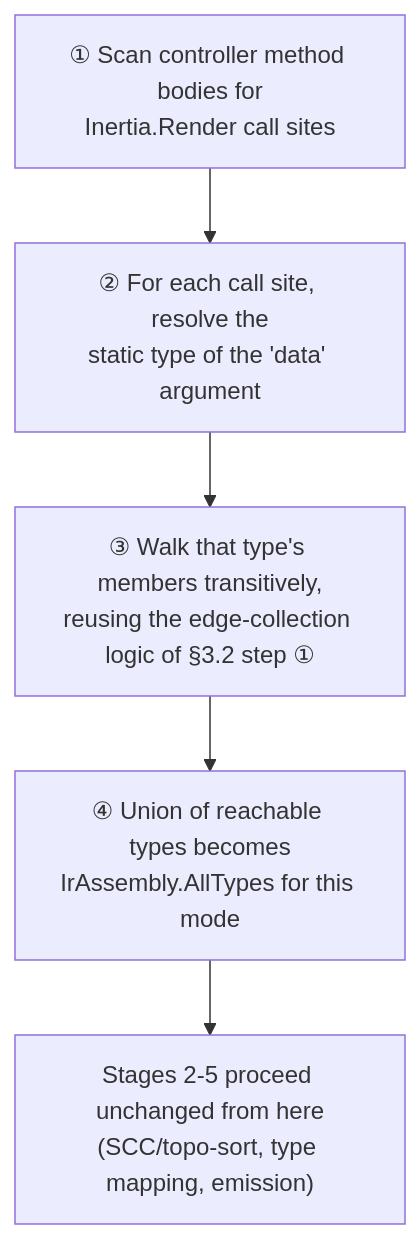
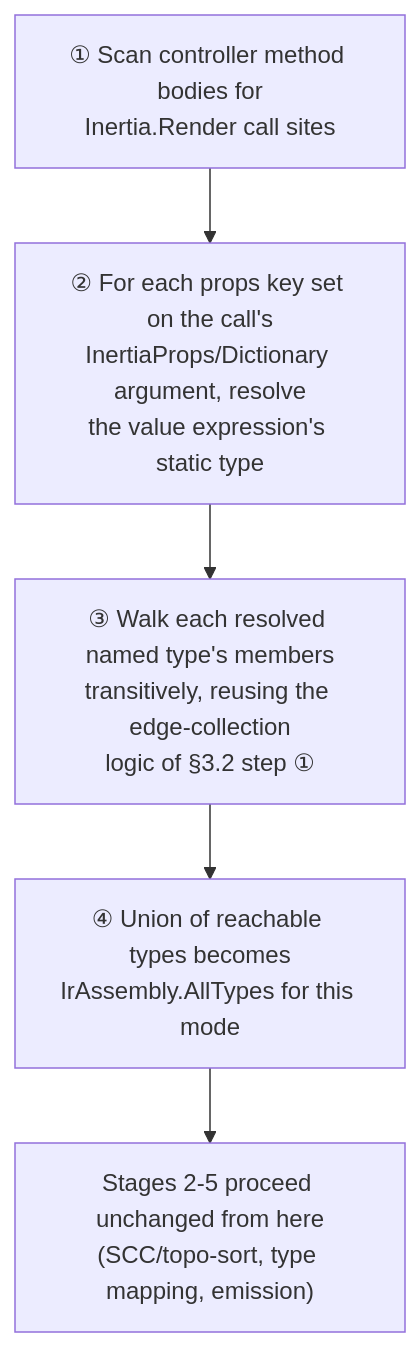
Before and after one commit to tankoha/oxygene-tsgen: the fourth of 5 diagrams in docs/DESIGN.md, drawn with Mermaid. The commit also changed other lines of this file and 4 other files, not shown here.

First line of the commit message:
Spike: entry-point-driven Inertia.Render detection is viable

````diff
--- a/docs/DESIGN.md
+++ b/docs/DESIGN.md
@@ -375,7 +383,7 @@
 ```mermaid
 flowchart TD
-    A["① Scan controller method bodies for<br/>Inertia.Render call sites"] --> B["② For each call site, resolve the<br/>static type of the 'data' argument"]
-    B --> C["③ Walk that type's members transitively,<br/>reusing the edge-collection logic of §3.2 step ①"]
+    A["① Scan controller method bodies for<br/>Inertia.Render call sites"] --> B["② For each props key set on the call's<br/>InertiaProps/Dictionary argument, resolve<br/>the value expression's static type"]
+    B --> C["③ Walk each resolved named type's members<br/>transitively, reusing the edge-collection<br/>logic of §3.2 step ①"]
     C --> D["④ Union of reachable types becomes<br/>IrAssembly.AllTypes for this mode"]
     D --> E["Stages 2-5 proceed unchanged from here<br/>(SCC/topo-sort, type mapping, emission)"]
 ```
````
